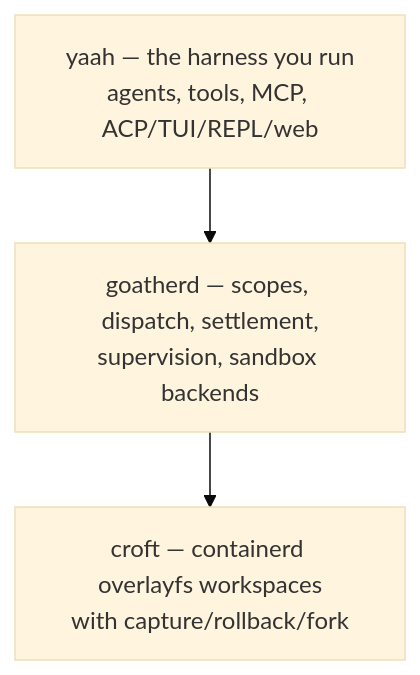
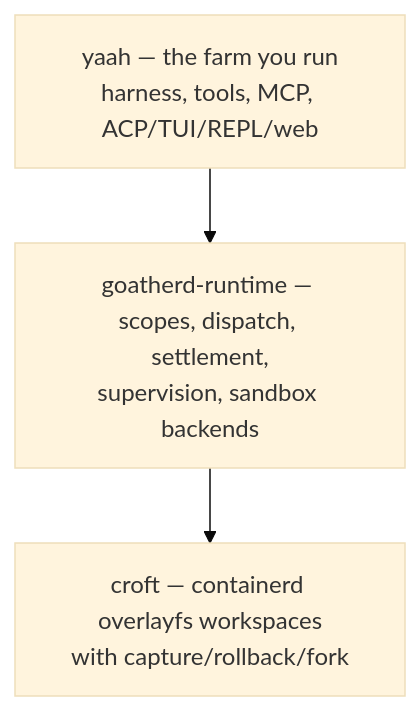
Before and after one commit to goatherdai/.github: the diagram in profile/README.md, drawn with Mermaid (base theme). The commit also changed other lines of this file, not shown here.

First line of the commit message:
Rework profile README framing: goatherd, herd, pasture

````diff
--- a/profile/README.md
+++ b/profile/README.md
@@ -35,8 +43,8 @@
 ```mermaid
 flowchart TD
-    yaah["yaah — the harness you run<br/>agents, tools, MCP, ACP/TUI/REPL/web"]
-    goatherd["goatherd — scopes, dispatch, settlement,<br/>supervision, sandbox backends"]
+    yaah["yaah — the farm you run<br/>harness, tools, MCP, ACP/TUI/REPL/web"]
+    goatherd["goatherd-runtime — scopes, dispatch, settlement,<br/>supervision, sandbox backends"]
     croft["croft — containerd overlayfs workspaces<br/>with capture/rollback/fork"]
 
     yaah --> goatherd --> croft
 ```
````
